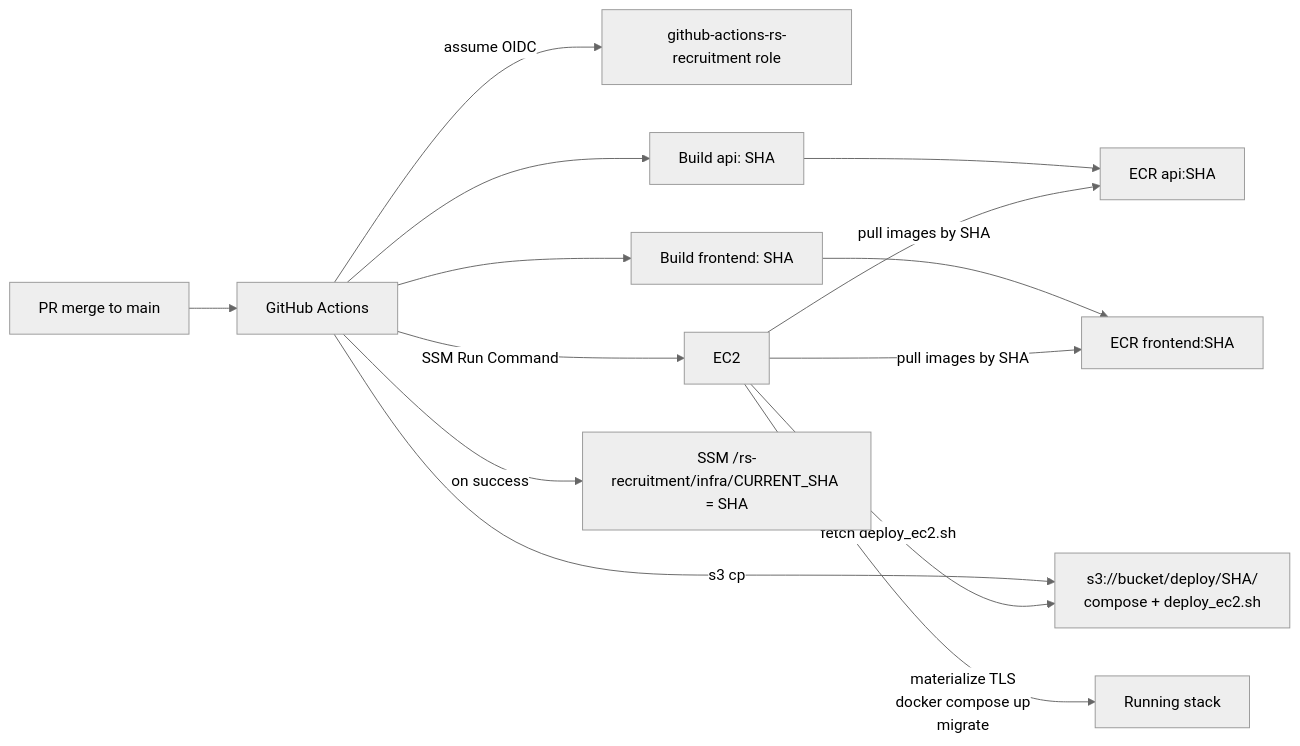
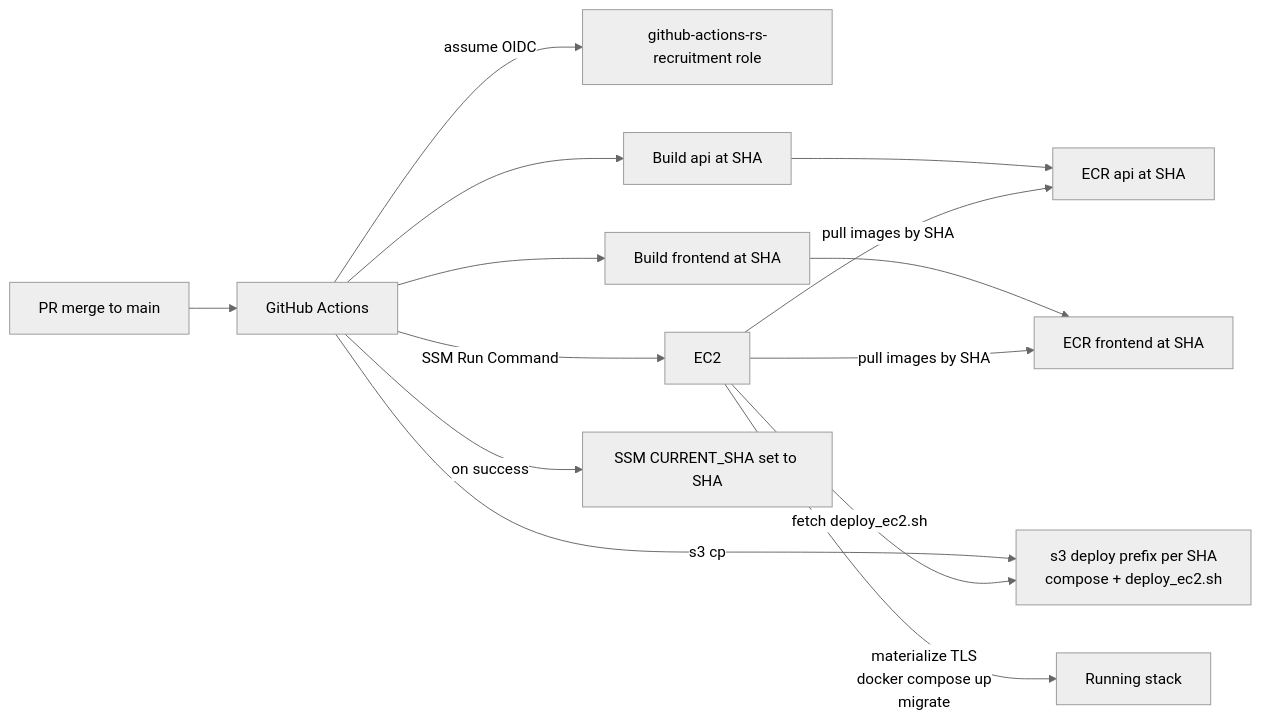
The second of 2 diagrams in docs/INFRASTRUCTURE.md (lahavrud/rs-recruitment), drawn with Mermaid (neutral theme) before and after one commit. The commit also changed other lines of this file, not shown here.

First line of the commit message:
docs(infra): quote mermaid node labels to fix render error

````diff
--- a/docs/INFRASTRUCTURE.md
+++ b/docs/INFRASTRUCTURE.md
@@ -92,14 +92,14 @@
 ```mermaid
 flowchart LR
-  PR[PR merge to main] --> CI[GitHub Actions]
-  CI -->|assume OIDC| AWS[github-actions-rs-recruitment role]
-  CI --> B1[Build api: SHA] --> ECR1[ECR api:SHA]
-  CI --> B2[Build frontend: SHA] --> ECR2[ECR frontend:SHA]
-  CI -->|s3 cp| S3[s3://bucket/deploy/SHA/<br/>compose + deploy_ec2.sh]
-  CI -->|SSM Run Command| EC2
-  EC2 -->|fetch deploy_ec2.sh| S3
-  EC2 -->|pull images by SHA| ECR1
-  EC2 -->|pull images by SHA| ECR2
-  EC2 -->|materialize TLS<br/>docker compose up<br/>migrate| running[Running stack]
-  CI -->|on success| SHA_PARAM[SSM /rs-recruitment/infra/CURRENT_SHA = SHA]
+  PR["PR merge to main"] --> CI["GitHub Actions"]
+  CI -->|assume OIDC| AWS["github-actions-rs-recruitment role"]
+  CI --> B1["Build api at SHA"] --> ECR1["ECR api at SHA"]
+  CI --> B2["Build frontend at SHA"] --> ECR2["ECR frontend at SHA"]
+  CI -->|"s3 cp"| S3["s3 deploy prefix per SHA<br/>compose + deploy_ec2.sh"]
+  CI -->|"SSM Run Command"| EC2["EC2"]
+  EC2 -->|"fetch deploy_ec2.sh"| S3
+  EC2 -->|"pull images by SHA"| ECR1
+  EC2 -->|"pull images by SHA"| ECR2
+  EC2 -->|"materialize TLS<br/>docker compose up<br/>migrate"| running["Running stack"]
+  CI -->|"on success"| SHA_PARAM["SSM CURRENT_SHA set to SHA"]
 ```
````
